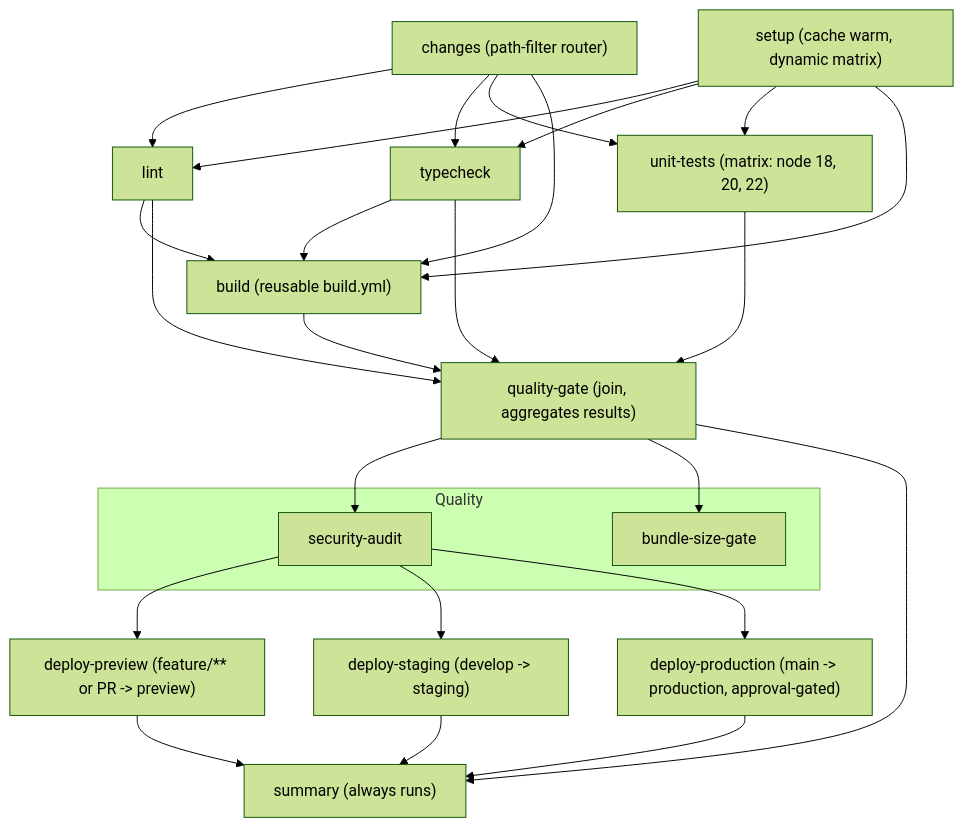
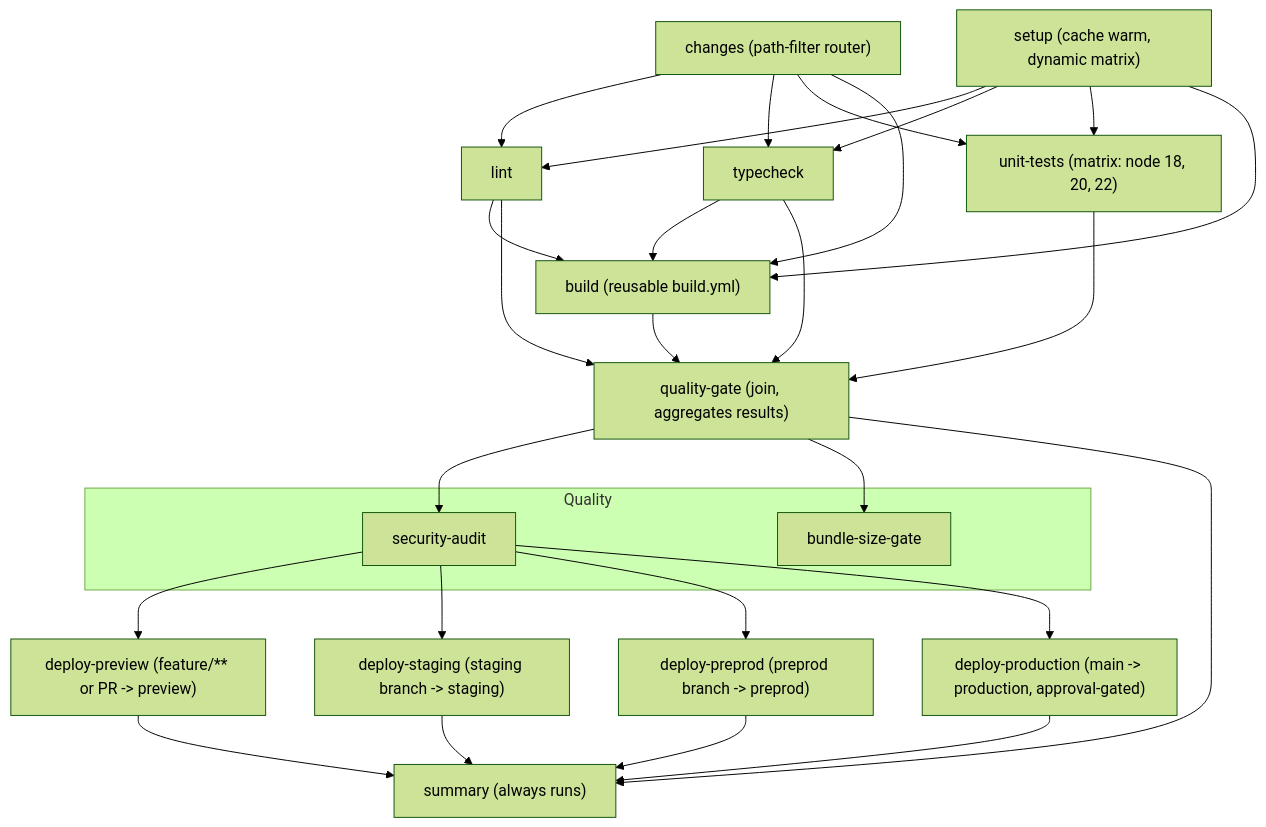
Before and after one commit to jaeto-amzn/webmaster: the diagram in README.md, drawn with Mermaid (forest theme). The commit also changed other lines of this file and 2 other files, not shown here.

First line of the commit message:
ci: extend promotion chain to feature -> staging -> preprod -> main

````diff
--- a/README.md
+++ b/README.md
@@ -46,50 +46,53 @@
 ```mermaid
 flowchart TD
   changes["changes (path-filter router)"]
   setup["setup (cache warm, dynamic matrix)"]
 
   lint["lint"]
   typecheck["typecheck"]
   tests["unit-tests (matrix: node 18, 20, 22)"]
   build["build (reusable build.yml)"]
 
   gate["quality-gate (join, aggregates results)"]
 
   subgraph Quality
     audit["security-audit"]
     size["bundle-size-gate"]
   end
 
   preview["deploy-preview (feature/** or PR -> preview)"]
-  staging["deploy-staging (develop -> staging)"]
+  staging["deploy-staging (staging branch -> staging)"]
+  preprod["deploy-preprod (preprod branch -> preprod)"]
   prod["deploy-production (main -> production, approval-gated)"]
   summary["summary (always runs)"]
 
   changes --> lint
   changes --> typecheck
   changes --> tests
   changes --> build
   setup --> lint
   setup --> typecheck
   setup --> tests
   setup --> build
 
   lint --> build
   typecheck --> build
 
   lint --> gate
   typecheck --> gate
   tests --> gate
   build --> gate
 
   gate --> audit
   gate --> size
   audit --> preview
   audit --> staging
+  audit --> preprod
   audit --> prod
 
   gate --> summary
   preview --> summary
   staging --> summary
+  preprod --> summary
   prod --> summary
 ```
````
